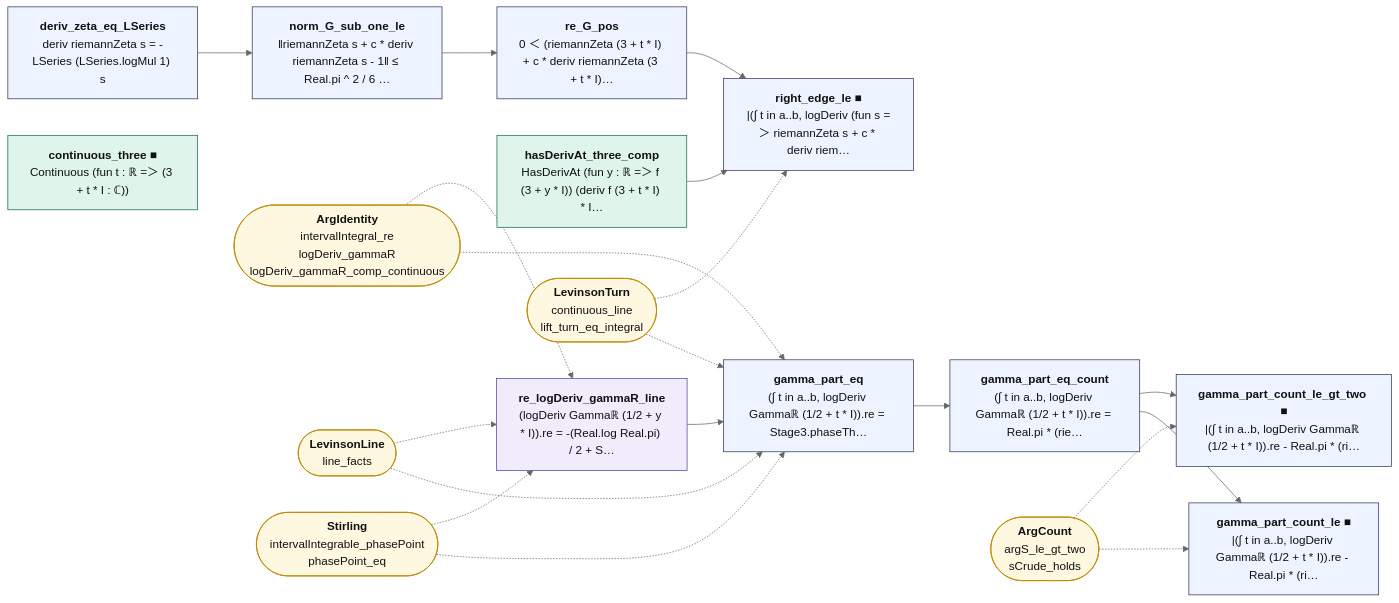
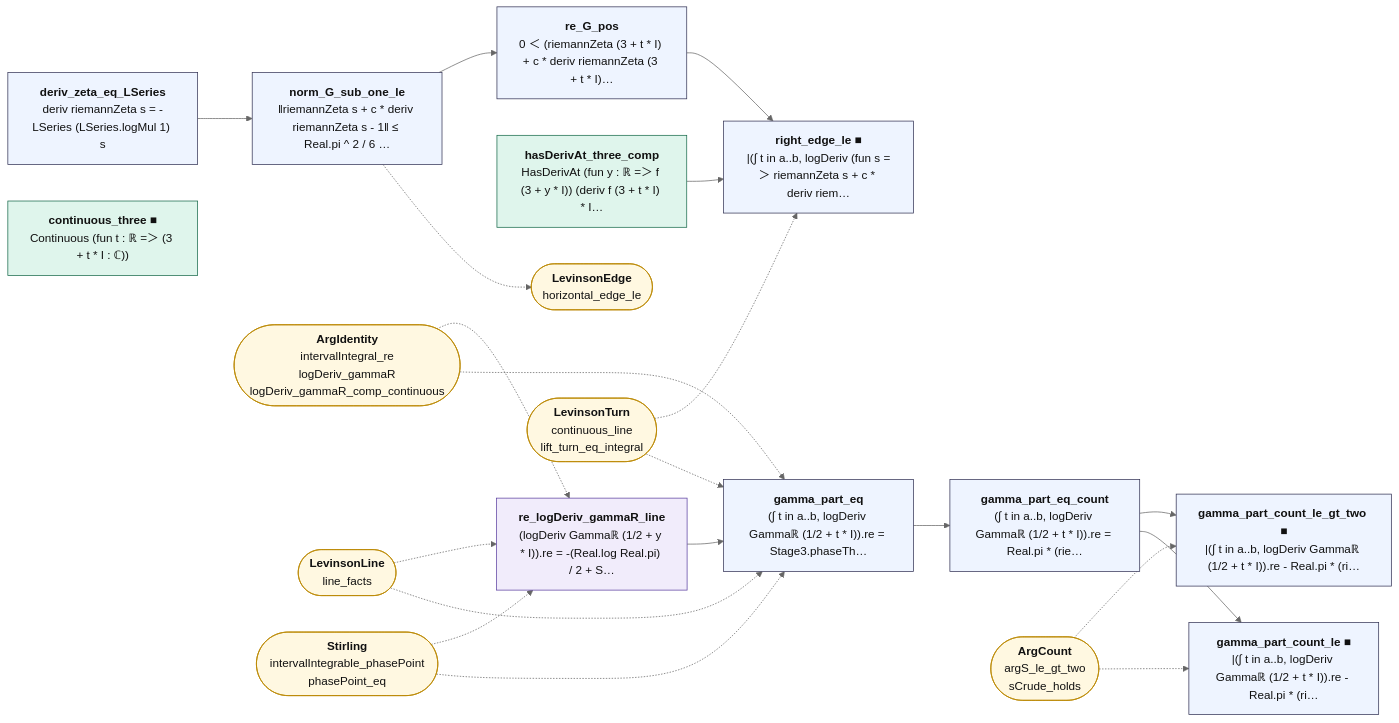
The diagram in map/lean_stage3/LevinsonSize.mmd (juliansambranojr/Primebeat_081426), drawn with Mermaid (neutral theme) before and after one commit. The commit also changed 15 other files, not shown here.

```diff
--- a/map/lean_stage3/LevinsonSize.mmd
+++ b/map/lean_stage3/LevinsonSize.mmd
@@ -1,43 +1,45 @@
 flowchart LR
   n0["<b>deriv_zeta_eq_LSeries</b><br/>deriv riemannZeta s = -LSeries (LSeries.logMul 1) s"]:::thm
   n1["<b>norm_G_sub_one_le</b><br/>‖riemannZeta s + c * deriv riemannZeta s - 1‖ ≤ Real.pi ^ 2 / 6 …"]:::thm
   n2["<b>re_G_pos</b><br/>0 ＜ (riemannZeta (3 + t * I) + c * deriv riemannZeta (3 + t * I)…"]:::thm
   n3["<b>hasDerivAt_three_comp</b><br/>HasDerivAt (fun y : ℝ =＞ f (3 + y * I)) (deriv f (3 + t * I) * I…"]:::cnt
   n4["<b>continuous_three ■</b><br/>Continuous (fun t : ℝ =＞ (3 + t * I : ℂ))"]:::cnt
   n5["<b>right_edge_le ■</b><br/>|(∫ t in a..b, logDeriv (fun s =＞ riemannZeta s + c * deriv riem…"]:::thm
   n6["<b>re_logDeriv_gammaR_line</b><br/>(logDeriv Gammaℝ (1/2 + y * I)).re = -(Real.log Real.pi) / 2 + S…"]:::shp
   n7["<b>gamma_part_eq</b><br/>(∫ t in a..b, logDeriv Gammaℝ (1/2 + t * I)).re = Stage3.phaseTh…"]:::thm
   n8["<b>gamma_part_eq_count</b><br/>(∫ t in a..b, logDeriv Gammaℝ (1/2 + t * I)).re = Real.pi * (rie…"]:::thm
   n9["<b>gamma_part_count_le ■</b><br/>|(∫ t in a..b, logDeriv Gammaℝ (1/2 + t * I)).re - Real.pi * (ri…"]:::thm
   n10["<b>gamma_part_count_le_gt_two ■</b><br/>|(∫ t in a..b, logDeriv Gammaℝ (1/2 + t * I)).re - Real.pi * (ri…"]:::thm
-  x0(["<b>LevinsonTurn</b><br/>continuous_line<br/>lift_turn_eq_integral"]):::ext
-  x1(["<b>ArgIdentity</b><br/>intervalIntegral_re<br/>logDeriv_gammaR<br/>logDeriv_gammaR_comp_continuous"]):::ext
-  x2(["<b>LevinsonLine</b><br/>line_facts"]):::ext
-  x3(["<b>Stirling</b><br/>intervalIntegrable_phasePoint<br/>phasePoint_eq"]):::ext
-  x4(["<b>ArgCount</b><br/>argS_le_gt_two<br/>sCrude_holds"]):::ext
+  x0(["<b>LevinsonEdge</b><br/>horizontal_edge_le"]):::ext
+  x1(["<b>LevinsonTurn</b><br/>continuous_line<br/>lift_turn_eq_integral"]):::ext
+  x2(["<b>ArgIdentity</b><br/>intervalIntegral_re<br/>logDeriv_gammaR<br/>logDeriv_gammaR_comp_continuous"]):::ext
+  x3(["<b>LevinsonLine</b><br/>line_facts"]):::ext
+  x4(["<b>Stirling</b><br/>intervalIntegrable_phasePoint<br/>phasePoint_eq"]):::ext
+  x5(["<b>ArgCount</b><br/>argS_le_gt_two<br/>sCrude_holds"]):::ext
   n0 --> n1
   n1 --> n2
   n2 --> n5
   n3 --> n5
   n6 --> n7
   n7 --> n8
   n8 --> n10
   n8 --> n9
-  x0 -.-> n5
-  x0 -.-> n7
-  x1 -.-> n6
+  n1 -.-> x0
+  x1 -.-> n5
   x1 -.-> n7
   x2 -.-> n6
   x2 -.-> n7
   x3 -.-> n6
   x3 -.-> n7
-  x4 -.-> n10
-  x4 -.-> n9
+  x4 -.-> n6
+  x4 -.-> n7
+  x5 -.-> n10
+  x5 -.-> n9
   classDef cnt fill:#dff5ec,stroke:#17694a,color:#111
   classDef shp fill:#f1ecfb,stroke:#5b3fa0,color:#111
   classDef rh fill:#ffe5e5,stroke:#c22,color:#111,stroke-width:2px
   classDef thm fill:#eef4ff,stroke:#335,color:#111
   classDef end_ fill:#e7f7e7,stroke:#2a7,color:#111,stroke-width:2px
   classDef lone fill:#fff,stroke:#999,color:#111,stroke-dasharray:4 3
   classDef bad fill:#ffe5e5,stroke:#c22,color:#111,stroke-width:2px
   classDef ext fill:#fff8e1,stroke:#b80,color:#111
```
